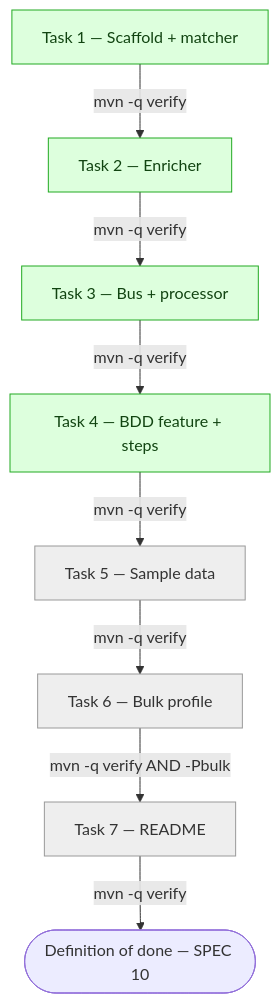
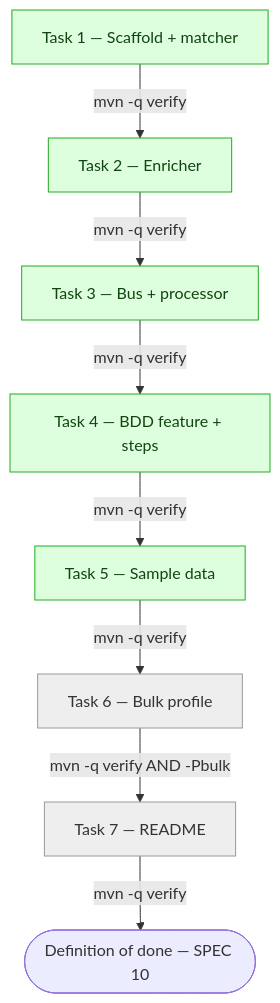
Before and after one commit to Cozentus-Technologies/DSV-test-assignement: the ninth of 10 diagrams in docs/ARCHITECTURE.md, drawn with Mermaid. The commit also changed other lines of this file and 10 other files, not shown here.

````diff
--- a/docs/ARCHITECTURE.md
+++ b/docs/ARCHITECTURE.md
@@ -362,23 +362,23 @@
 ```mermaid
 flowchart TD
     T1["Task 1 — Scaffold + matcher"]
     T2["Task 2 — Enricher"]
     T3["Task 3 — Bus + processor"]
     T4["Task 4 — BDD feature + steps"]
     T5["Task 5 — Sample data"]
     T6["Task 6 — Bulk profile"]
     T7["Task 7 — README"]
 
     T1 -->|"mvn -q verify"| T2
     T2 -->|"mvn -q verify"| T3
     T3 -->|"mvn -q verify"| T4
     T4 -->|"mvn -q verify"| T5
     T5 -->|"mvn -q verify"| T6
     T6 -->|"mvn -q verify AND -Pbulk"| T7
     T7 -->|"mvn -q verify"| DONE(["Definition of done — SPEC 10"])
 
     classDef done fill:#dfd,stroke:#2a2,color:#141;
     classDef pending fill:#eee,stroke:#999,color:#333;
-    class T1,T2,T3,T4 done
-    class T5,T6,T7 pending
+    class T1,T2,T3,T4,T5 done
+    class T6,T7 pending
 ```
````
